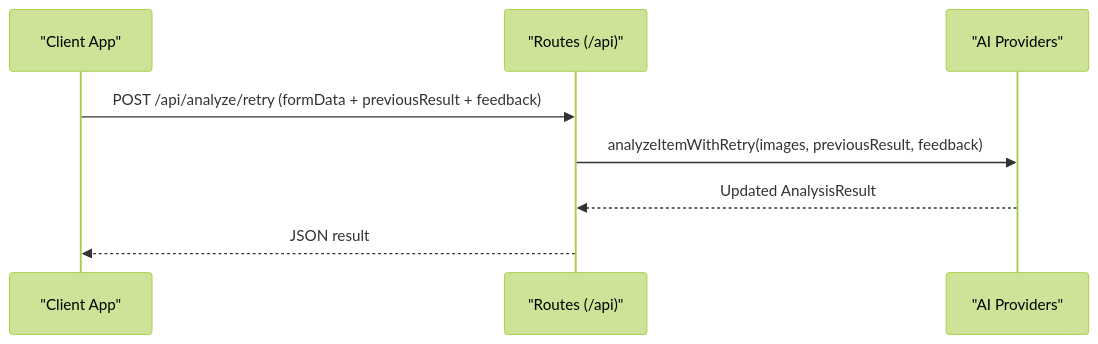
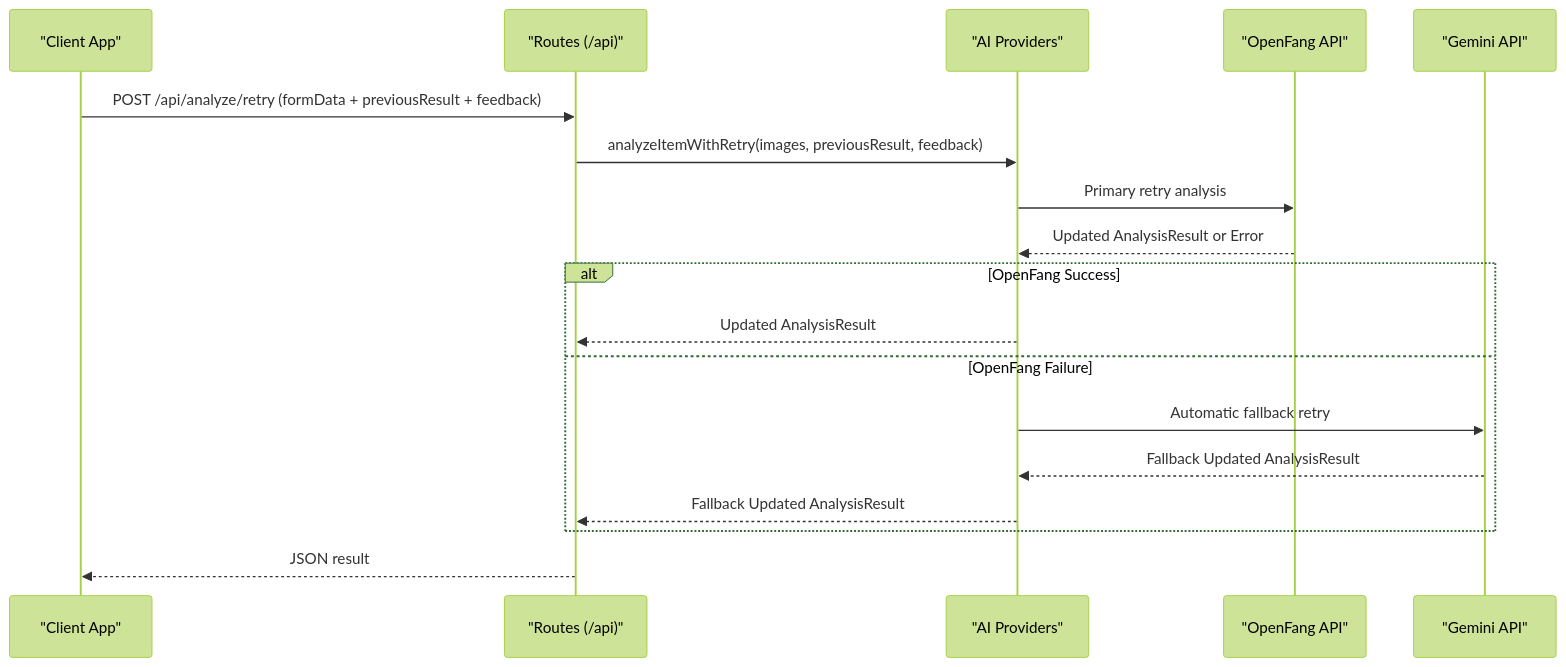
The eighth of 10 diagrams in .qoder/repowiki/en/content/Backend Services/API Endpoints/Analysis Endpoints.md (hunglevi87/Hidden-Gem), drawn with Mermaid (forest theme) before and after one commit. The commit also changed other lines of this file and 5 other files, not shown here.

````diff
--- a/.qoder/repowiki/en/content/Backend Services/API Endpoints/Analysis Endpoints.md
+++ b/.qoder/repowiki/en/content/Backend Services/API Endpoints/Analysis Endpoints.md
@@ -308,10 +420,20 @@
 ```mermaid
 sequenceDiagram
 participant Client as "Client App"
 participant Routes as "Routes (/api)"
 participant Providers as "AI Providers"
+participant OpenFang as "OpenFang API"
+participant Gemini as "Gemini API"
 Client->>Routes : POST /api/analyze/retry (formData + previousResult + feedback)
 Routes->>Providers : analyzeItemWithRetry(images, previousResult, feedback)
+Providers->>OpenFang : Primary retry analysis
+OpenFang-->>Providers : Updated AnalysisResult or Error
+alt OpenFang Success
 Providers-->>Routes : Updated AnalysisResult
+else OpenFang Failure
+Providers->>Gemini : Automatic fallback retry
+Gemini-->>Providers : Fallback Updated AnalysisResult
+Providers-->>Routes : Fallback Updated AnalysisResult
+end
 Routes-->>Client : JSON result
 ```
````
